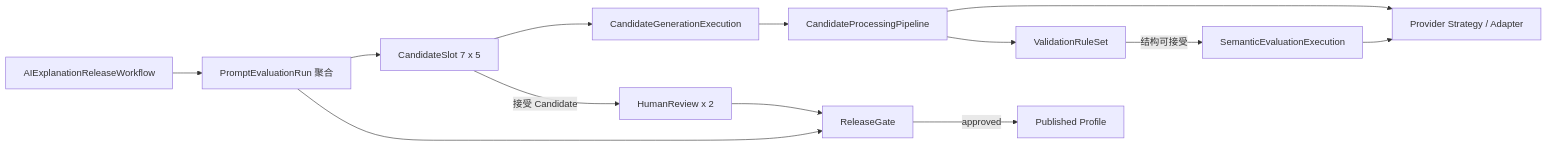
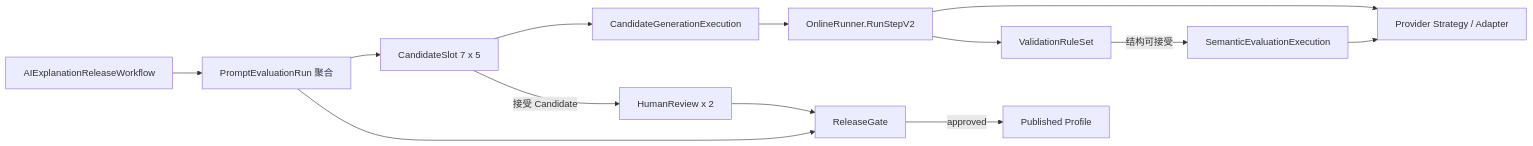
Before and after one commit to FangcunMount/qs-server: the third of 3 diagrams in docs/02-业务模块/40-interpretation/25-核心设计-AI解读.md, drawn with Mermaid. The commit also changed other lines of this file and 13 other files, not shown here.

````diff
--- a/docs/02-业务模块/40-interpretation/25-核心设计-AI解读.md
+++ b/docs/02-业务模块/40-interpretation/25-核心设计-AI解读.md
@@ -275,25 +275,25 @@
 ```mermaid
 flowchart LR
     WF[AIExplanationReleaseWorkflow]
     SM[PromptEvaluationRun 聚合]
     Slot[CandidateSlot 7 x 5]
     Gen[CandidateGenerationExecution]
-    Pipe[CandidateProcessingPipeline]
+    Step[OnlineRunner.RunStepV2]
     Rules[ValidationRuleSet]
     Judge[SemanticEvaluationExecution]
     Review[HumanReview x 2]
     Gate[ReleaseGate]
     Profile[Published Profile]
     Provider[Provider Strategy / Adapter]
 
     WF --> SM --> Slot
-    Slot --> Gen --> Pipe
-    Pipe --> Provider
-    Pipe --> Rules
+    Slot --> Gen --> Step
+    Step --> Provider
+    Step --> Rules
     Rules -->|结构可接受| Judge
     Judge --> Provider
     Slot -->|接受 Candidate| Review
     Review --> Gate
     SM --> Gate
     Gate -->|approved| Profile
 ```
````
